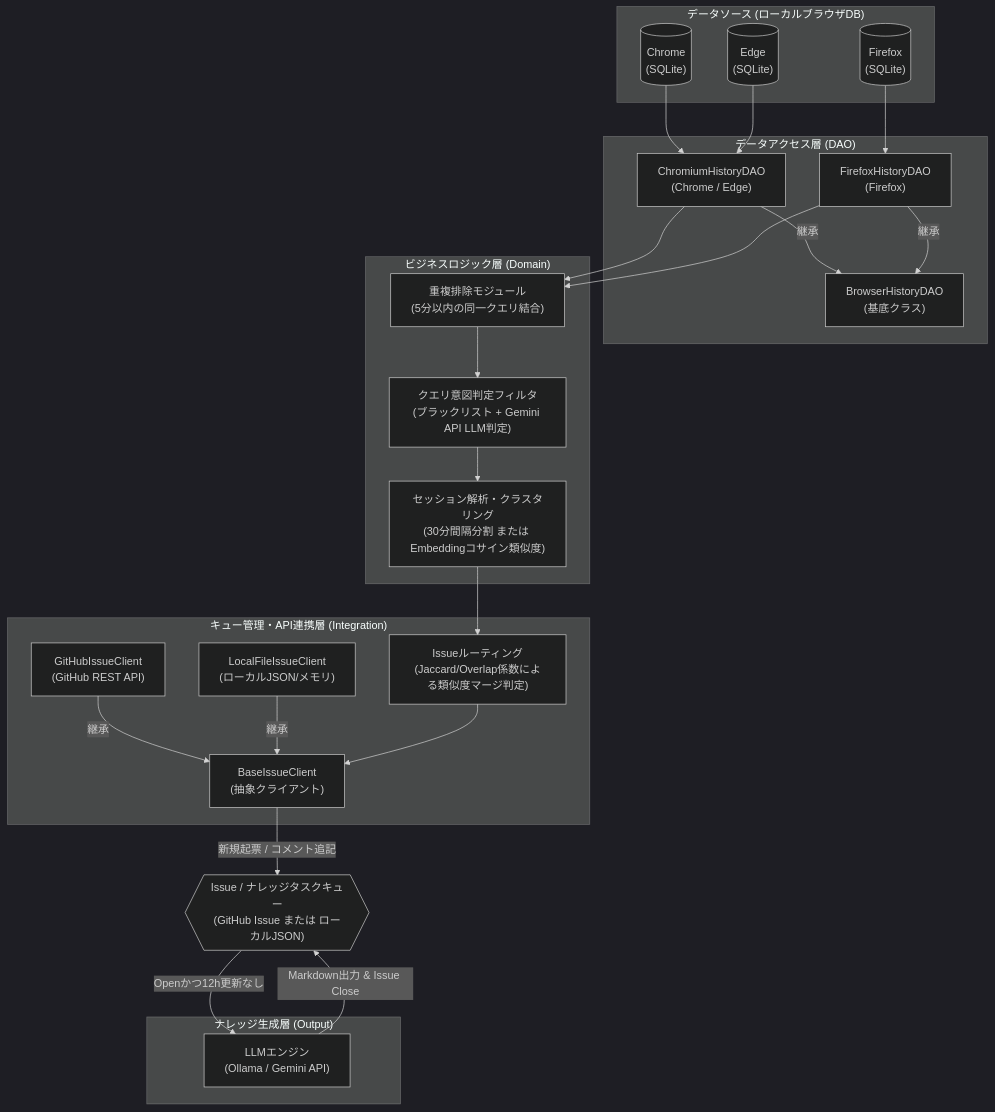
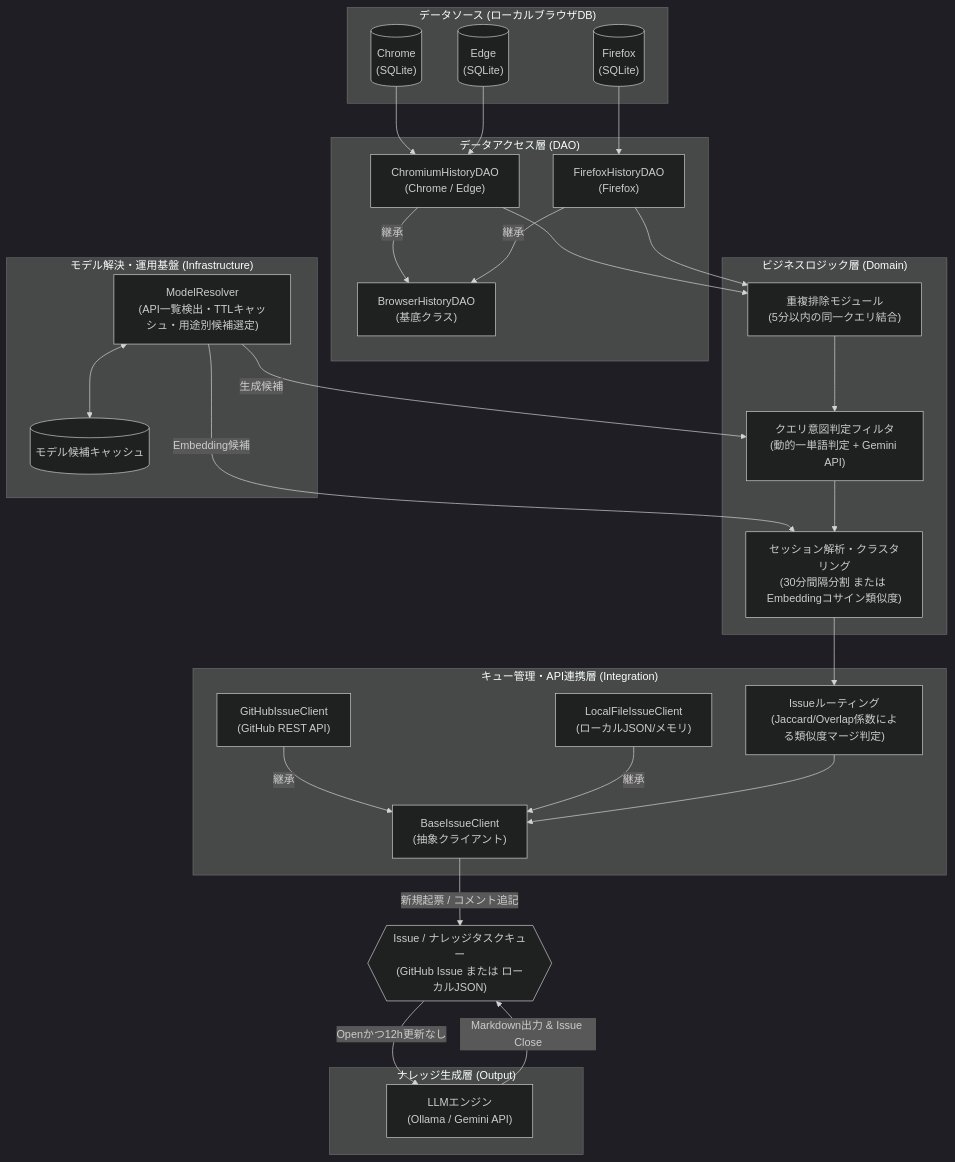
One commit to xzyozi/knowage-bank changed the first of 2 diagrams in docs/design/KNB-BD-002_基本設計書_パーソナルナレッジ自動生成.md. Above: the diagram before and after it, drawn with Mermaid (dark theme). The commit also changed other lines of this file and 1 other file, not shown here.

````diff
--- a/docs/design/KNB-BD-002_基本設計書_パーソナルナレッジ自動生成.md
+++ b/docs/design/KNB-BD-002_基本設計書_パーソナルナレッジ自動生成.md
@@ -61,50 +61,58 @@
 ```mermaid
 flowchart TD
     subgraph DataSources ["データソース (ローカルブラウザDB)"]
         Chrome[("Chrome\n(SQLite)")]
         Edge[("Edge\n(SQLite)")]
         Firefox[("Firefox\n(SQLite)")]
     end
 
     subgraph DAOLayer ["データアクセス層 (DAO)"]
         BaseDAO["BrowserHistoryDAO\n(基底クラス)"]
         ChromiumDAO["ChromiumHistoryDAO\n(Chrome / Edge)"]
         FirefoxDAO["FirefoxHistoryDAO\n(Firefox)"]
         ChromiumDAO -->|継承| BaseDAO
         FirefoxDAO -->|継承| BaseDAO
     end
 
     subgraph DomainLayer ["ビジネスロジック層 (Domain)"]
         Deduplicator["重複排除モジュール\n(5分以内の同一クエリ結合)"]
-        Filter["クエリ意図判定フィルタ\n(ブラックリスト + Gemini API LLM判定)"]
+        Filter["クエリ意図判定フィルタ\n(動的一単語判定 + Gemini API)"]
         Analyzer["セッション解析・クラスタリング\n(30分間隔分割 または Embeddingコサイン類似度)"]
+    end
+
+    subgraph ModelInfra ["モデル解決・運用基盤 (Infrastructure)"]
+        ModelResolver["ModelResolver\n(API一覧検出・TTLキャッシュ・用途別候補選定)"]
+        ModelCache[("モデル候補キャッシュ")]
+        ModelResolver <--> ModelCache
     end
 
     subgraph IntegrationLayer ["キュー管理・API連携層 (Integration)"]
         Router["Issueルーティング\n(Jaccard/Overlap係数による類似度マージ判定)"]
         BaseClient["BaseIssueClient\n(抽象クライアント)"]
         GitHubClient["GitHubIssueClient\n(GitHub REST API)"]
         LocalClient["LocalFileIssueClient\n(ローカルJSON/メモリ)"]
         GitHubClient -->|継承| BaseClient
         LocalClient -->|継承| BaseClient
     end
 
     subgraph OutputLayer ["ナレッジ生成層 (Output)"]
         LLM["LLMエンジン\n(Ollama / Gemini API)"]
     end
     
     GitIssue{{"Issue / ナレッジタスクキュー\n(GitHub Issue または ローカルJSON)"}}
 
     Chrome --> ChromiumDAO
     Edge --> ChromiumDAO
     Firefox --> FirefoxDAO
     ChromiumDAO --> Deduplicator
     FirefoxDAO --> Deduplicator
     Deduplicator --> Filter
+    ModelResolver -- "生成候補" --> Filter
+    ModelResolver -- "Embedding候補" --> Analyzer
     Filter --> Analyzer
     Analyzer --> Router
     Router --> BaseClient
     BaseClient -- "新規起票 / コメント追記" --> GitIssue
     GitIssue -- "Openかつ12h更新なし" --> LLM
     LLM -- "Markdown出力 & Issue Close" --> GitIssue
 ```
````
